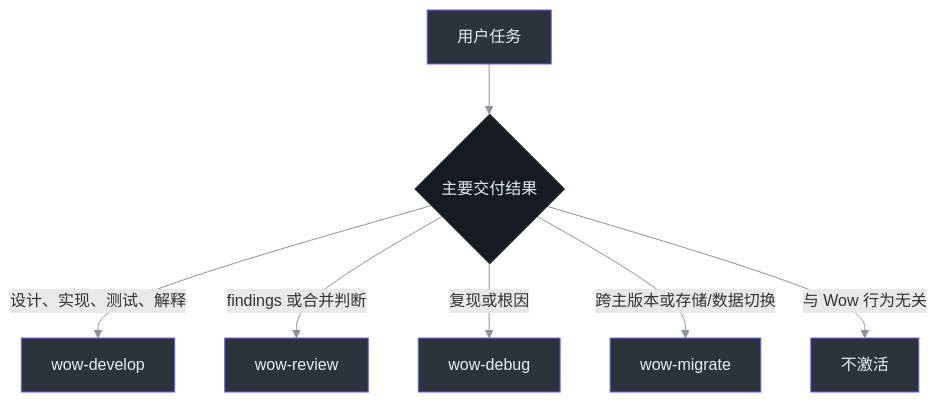
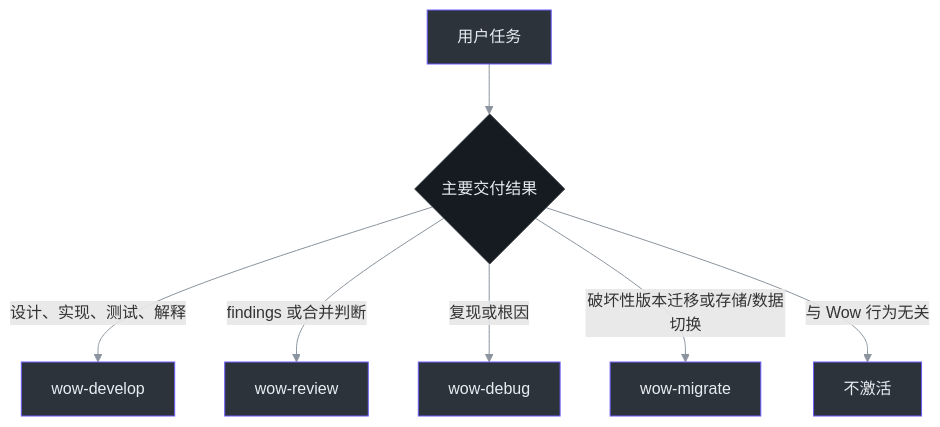
Before and after one commit to Ahoo-Wang/Wow: the first of 2 diagrams in documentation/docs/zh/guide/skills.md, drawn with Mermaid. The commit also changed other lines of this file and 6 other files, not shown here.

````diff
--- a/documentation/docs/zh/guide/skills.md
+++ b/documentation/docs/zh/guide/skills.md
@@ -32,13 +32,13 @@
 ```mermaid
 flowchart TD
     Task["用户任务"] --> Intent{"主要交付结果"}
     Intent -->|设计、实现、测试、解释| Develop["wow-develop"]
     Intent -->|findings 或合并判断| Review["wow-review"]
     Intent -->|复现或根因| Debug["wow-debug"]
-    Intent -->|跨主版本或存储/数据切换| Migrate["wow-migrate"]
+    Intent -->|破坏性版本迁移或存储/数据切换| Migrate["wow-migrate"]
     Intent -->|与 Wow 行为无关| None["不激活"]
 
     classDef default fill:#2d333b,stroke:#6d5dfc,color:#e6edf3
     style Intent fill:#161b22,stroke:#30363d,color:#e6edf3
     linkStyle default stroke:#8b949e
 ```
````
